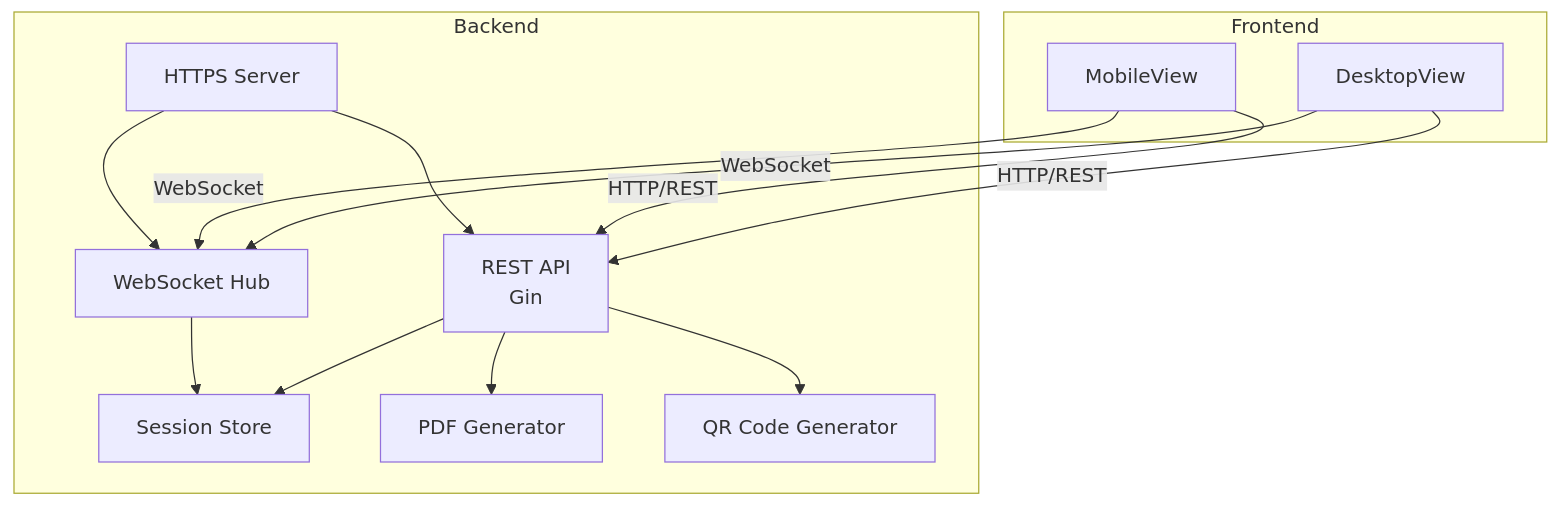
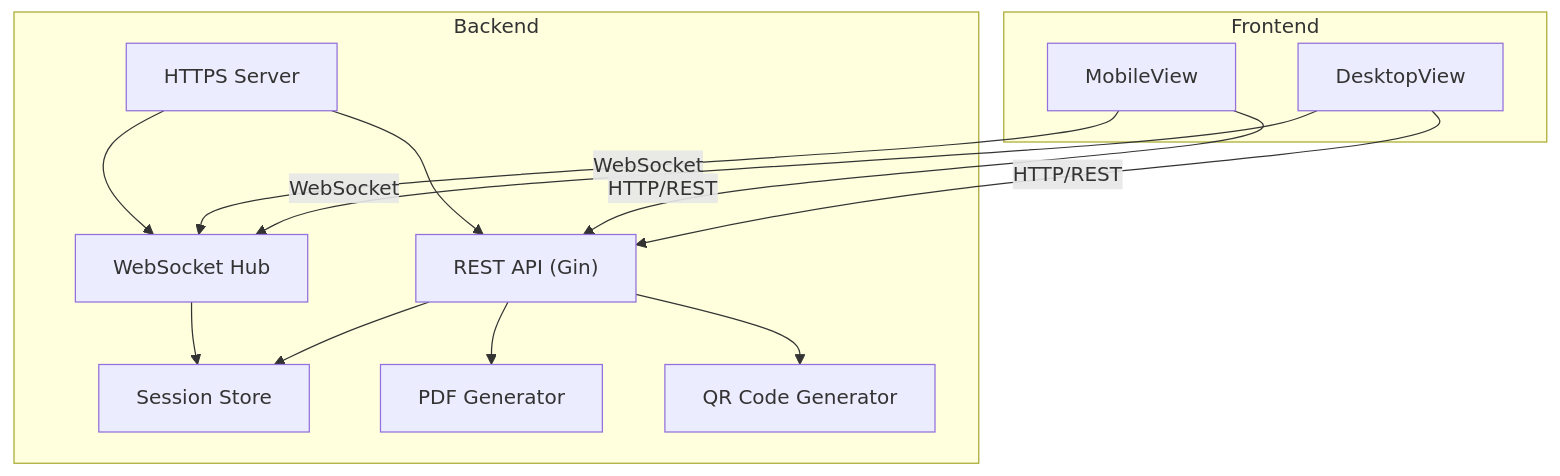
The first of 10 diagrams in map.md (Garante83/DocFlow-), drawn with Mermaid before and after one commit. The commit also changed other lines of this file, not shown here.

````diff
--- a/map.md
+++ b/map.md
@@ -47,27 +47,27 @@
 ```mermaid
 graph TD
     subgraph Frontend
         F1[DesktopView]
         F2[MobileView]
     end
 
     subgraph Backend
-        B1[REST API<br/>Gin]
+        B1["REST API (Gin)"]
         B2[WebSocket Hub]
         B3[Session Store]
         B4[PDF Generator]
         B5[QR Code Generator]
         B6[HTTPS Server]
     end
 
     F1 -->|HTTP/REST| B1
     F1 -->|WebSocket| B2
     F2 -->|HTTP/REST| B1
     F2 -->|WebSocket| B2
     B1 --> B3
     B1 --> B4
     B1 --> B5
     B2 --> B3
     B6 --> B1
     B6 --> B2
 ```
````
